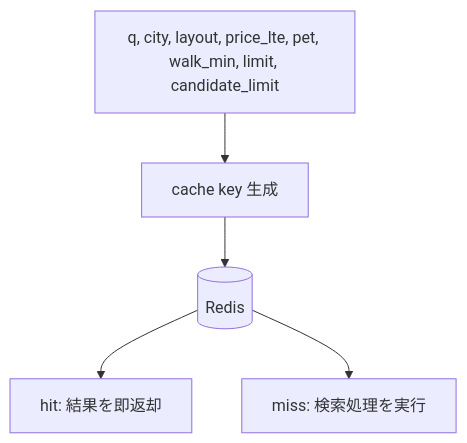
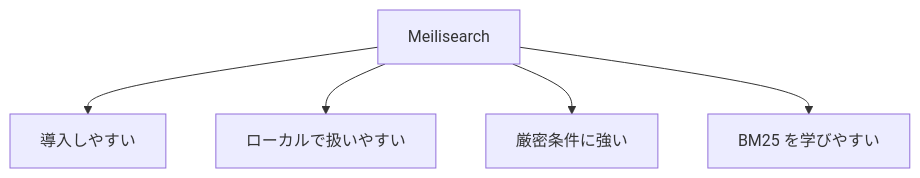
Before and after one commit to kurosawa-kuro/study-gcp-mlops: the fourth of 4 diagrams in 3/study-hybrid-search-local/docs/教育資料/05_図解.md, drawn with Mermaid. The commit also changed other lines of this file and 18 other files, not shown here.

````diff
--- a/3/study-hybrid-search-local/docs/教育資料/05_図解.md
+++ b/3/study-hybrid-search-local/docs/教育資料/05_図解.md
@@ -194,8 +51,8 @@
 ```mermaid
 flowchart TB
-    Params[q, city, layout, price_lte, pet, walk_min, limit, candidate_limit]
-    Params --> Key[cache key 生成]
-    Key --> Redis[(Redis)]
-    Redis --> Hit[hit: 結果を即返却]
-    Redis --> Miss[miss: 検索処理を実行]
+    M[Meilisearch]
+    M --> E1[導入しやすい]
+    M --> E2[ローカルで扱いやすい]
+    M --> E3[厳密条件に強い]
+    M --> E4[BM25 を学びやすい]
 ```
````
